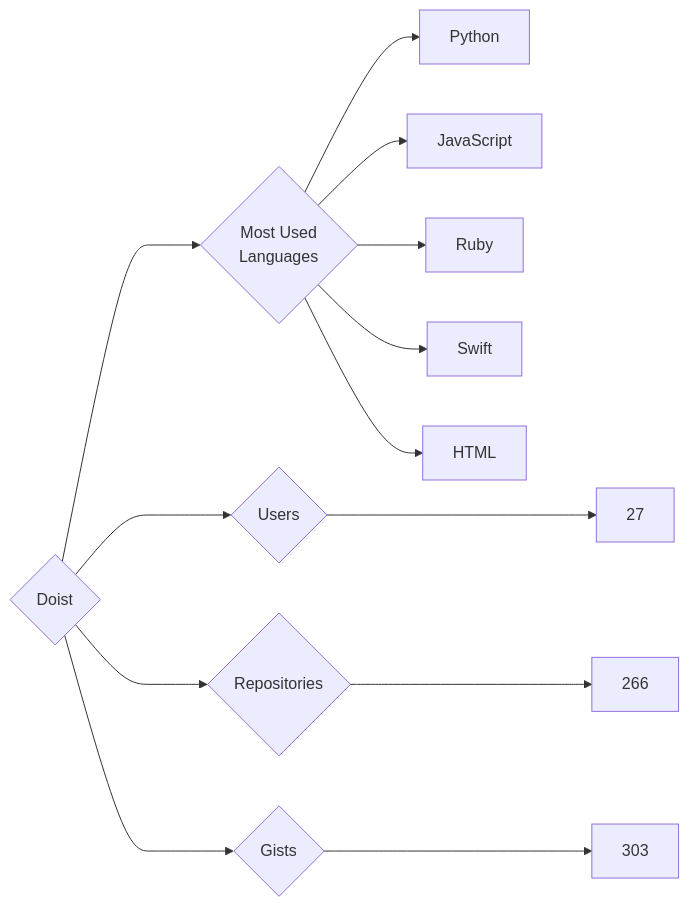
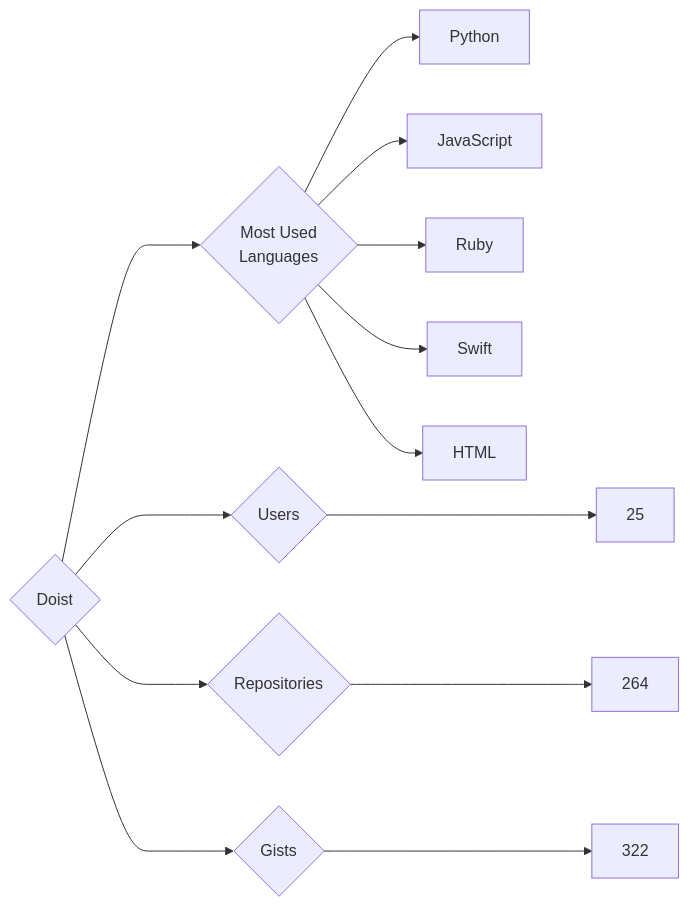
Before and after one commit to trickest/insiders: the diagram in targets/Doist/README.md, drawn with Mermaid. The commit also changed 750 other files, not shown here.

````diff
--- a/targets/Doist/README.md
+++ b/targets/Doist/README.md
@@ -3,13 +3,13 @@
 ```mermaid
 graph LR
 COMPANY_NAME{Doist}
-COMPANY_NAME ---> U{Users} ---> UN[27]
-COMPANY_NAME ---> R{Repositories} ---> RN[266]
-COMPANY_NAME ---> G{Gists} ---> GN[303]
+COMPANY_NAME ---> U{Users} ---> UN[25]
+COMPANY_NAME ---> R{Repositories} ---> RN[264]
+COMPANY_NAME ---> G{Gists} ---> GN[322]
 COMPANY_NAME ---> ML{Most Used<br>Languages}
 ML --> Python[Python]
 ML --> JavaScript[JavaScript]
 ML --> Ruby[Ruby]
 ML --> Swift[Swift]
 ML --> HTML[HTML]
 ```
````
